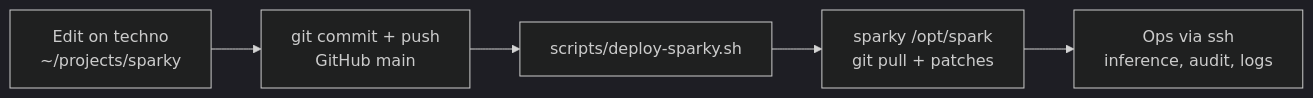
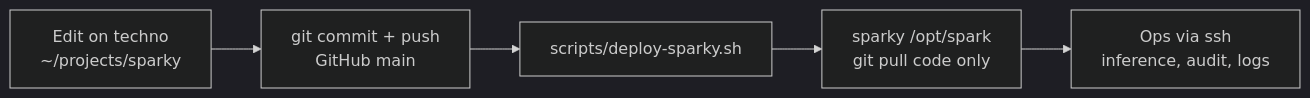
The diagram in AGENT.md (shawnmarck/sparkbench), drawn with Mermaid (dark theme) before and after one commit. The commit also changed other lines of this file and 6 other files, not shown here.

First line of the commit message:
Harden sparky live sync: merge eugr patches, protect runtime data.

````diff
--- a/AGENT.md
+++ b/AGENT.md
@@ -32,7 +32,7 @@
 ```mermaid
 flowchart LR
   A["Edit on techno<br/>~/projects/sparky"] --> B["git commit + push<br/>GitHub main"]
   B --> C["scripts/deploy-sparky.sh"]
-  C --> D["sparky /opt/spark<br/>git pull + patches"]
+  C --> D["sparky /opt/spark<br/>git pull code only"]
   D --> E["Ops via ssh<br/>inference, audit, logs"]
 ```
````
